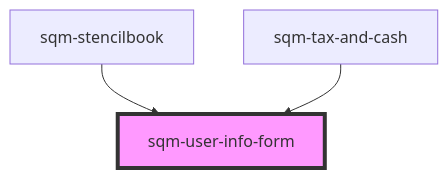
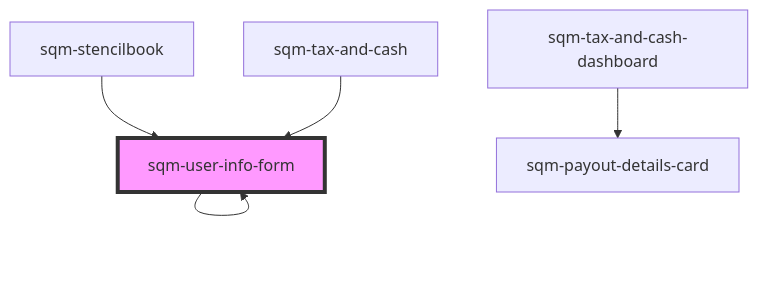
One commit to saasquatch/program-tools changed the diagram in packages/mint-components/src/components/tax-and-cash/sqm-user-info-form/readme.md. Above: the diagram before and after it, drawn with Mermaid. The commit also changed other lines of this file and 11 other files, not shown here.

````diff
--- a/packages/mint-components/src/components/tax-and-cash/sqm-user-info-form/readme.md
+++ b/packages/mint-components/src/components/tax-and-cash/sqm-user-info-form/readme.md
@@ -47,6 +48,8 @@
 ```mermaid
 graph TD;
+  sqm-user-info-form --> sqm-user-info-form
+  sqm-tax-and-cash-dashboard --> sqm-payout-details-card
   sqm-stencilbook --> sqm-user-info-form
   sqm-tax-and-cash --> sqm-user-info-form
   style sqm-user-info-form fill:#f9f,stroke:#333,stroke-width:4px
 ```
````
